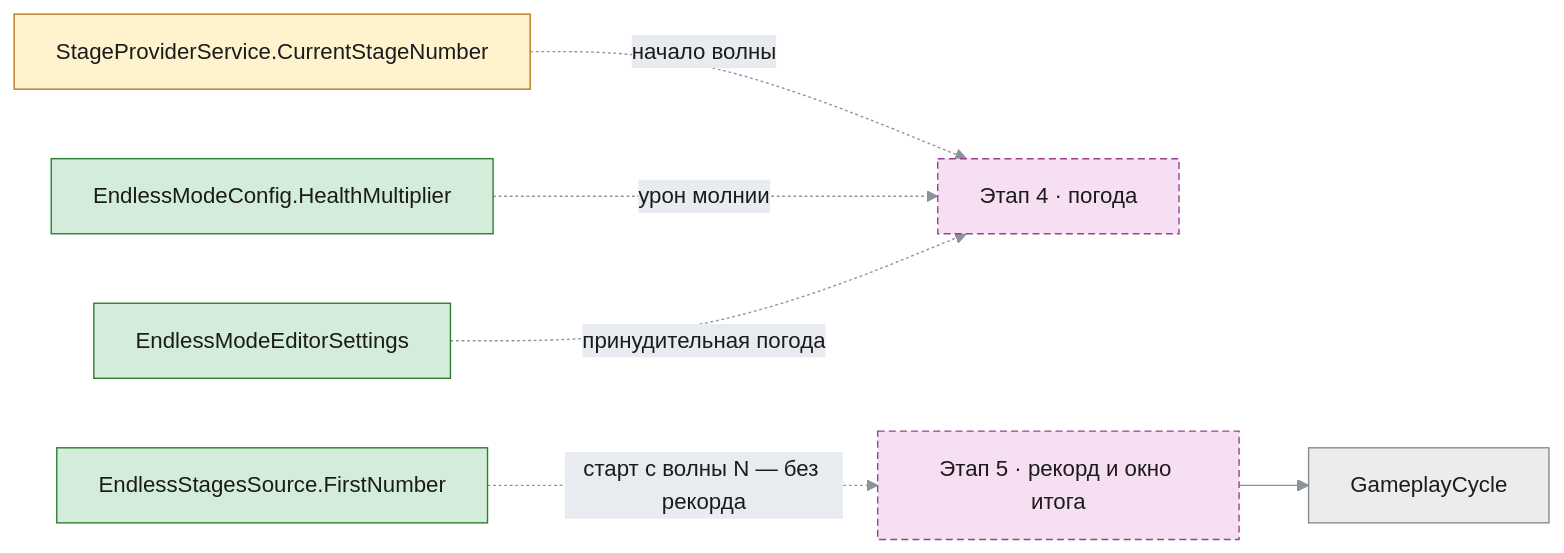
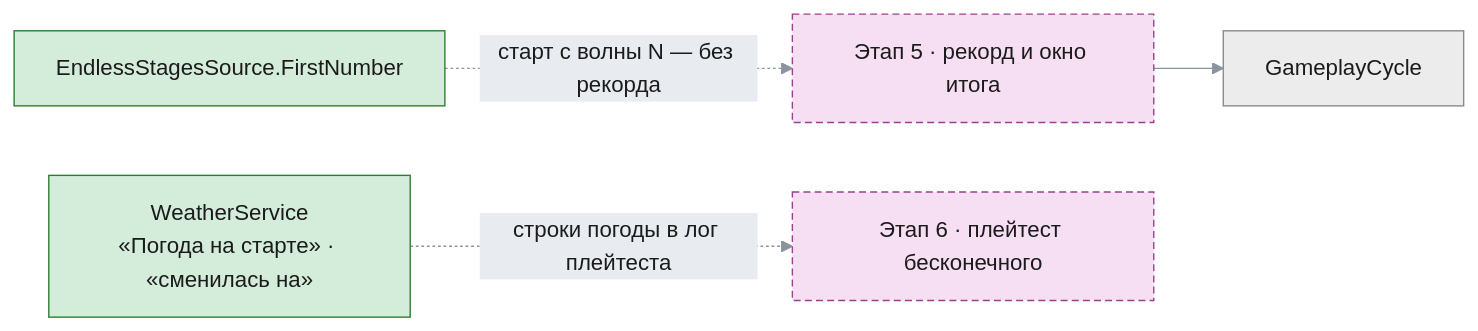
Diagram 29 of 30 in Docs/EndlessModeArchitecture.md (TheImperialGuard/KingdomStandTD), drawn with Mermaid before and after one commit. The commit also changed other lines of this file, not shown here.

Commit message:
docs(endless): Draw the weather of the endless mode

````diff
--- a/Docs/EndlessModeArchitecture.md
+++ b/Docs/EndlessModeArchitecture.md
@@ -713,14 +927,13 @@
 ```mermaid
 %%{init: {"theme": "base", "themeVariables": {"primaryColor": "#dbe9f9", "primaryTextColor": "#1b1b1b", "primaryBorderColor": "#5b8fd1", "lineColor": "#8b949e", "textColor": "#8b949e", "edgeLabelBackground": "#e8ecf1", "clusterBkg": "rgba(139,148,158,0.10)", "clusterBorder": "#8b949e", "titleColor": "#8b949e"}}}%%
 flowchart LR
     classDef new fill:#d4edda,stroke:#2e7d32,color:#1b1b1b
     classDef changed fill:#fff3cd,stroke:#b7791f,color:#1b1b1b
     classDef old fill:#ececec,stroke:#8a8a8a,color:#1b1b1b
     classDef future fill:#f6dff3,stroke:#9c3f91,color:#1b1b1b,stroke-dasharray:5 3
 
-    Provider["StageProviderService.CurrentStageNumber"]:::changed -.->|начало волны| Weather["Этап 4 · погода"]:::future
-    Multiplier["EndlessModeConfig.HealthMultiplier"]:::new -.->|урон молнии| Weather
-    Prefs["EndlessModeEditorSettings"]:::new -.->|принудительная погода| Weather
     Record["Этап 5 · рекорд и окно итога"]:::future --> GameplayCycle["GameplayCycle"]:::old
     Source["EndlessStagesSource.FirstNumber"]:::new -.->|старт с волны N — без рекорда| Record
+    Slice["Этап 6 · плейтест бесконечного"]:::future
+    Weather["WeatherService<br/>«Погода на старте» · «сменилась на»"]:::new -.->|строки погоды в лог плейтеста| Slice
 ```
````
